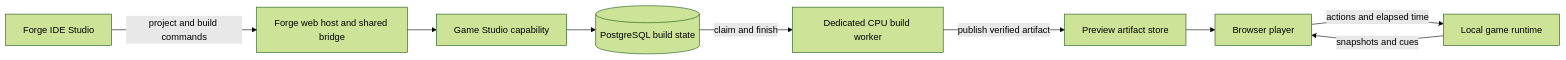
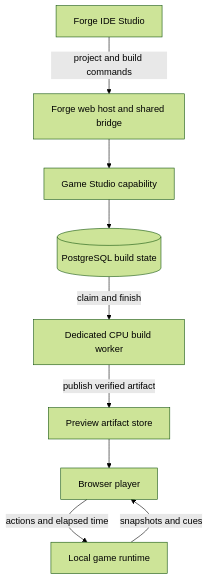
One commit to roachmaster/homelab changed the first of 2 diagrams in docs/architecture/proposals/forge-game-engine.md. Above: the diagram before and after it, drawn with Mermaid (forest theme). The commit also changed other lines of this file and 11 other files, not shown here.

````diff
--- a/docs/architecture/proposals/forge-game-engine.md
+++ b/docs/architecture/proposals/forge-game-engine.md
@@ -33,11 +33,11 @@
 ```mermaid
-flowchart LR
+flowchart TD
     Operator["Forge IDE Studio"] -->|project and build commands| Gateway["Forge web host and shared bridge"]
     Gateway --> Studio["Game Studio capability"]
     Studio --> Queue[("PostgreSQL build state")]
     Queue -->|claim and finish| Builder["Dedicated CPU build worker"]
     Builder -->|publish verified artifact| Releases["Preview artifact store"]
     Releases --> Player["Browser player"]
     Player -->|actions and elapsed time| Runtime["Local game runtime"]
     Runtime -->|snapshots and cues| Player
 ```
````
